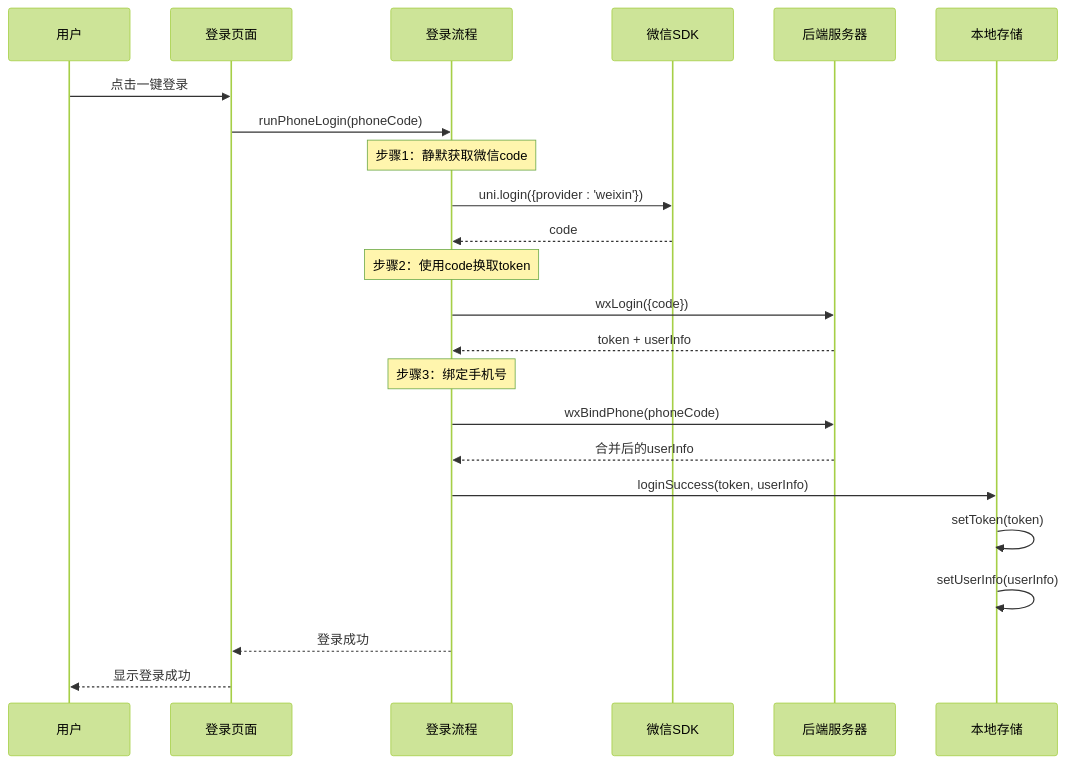
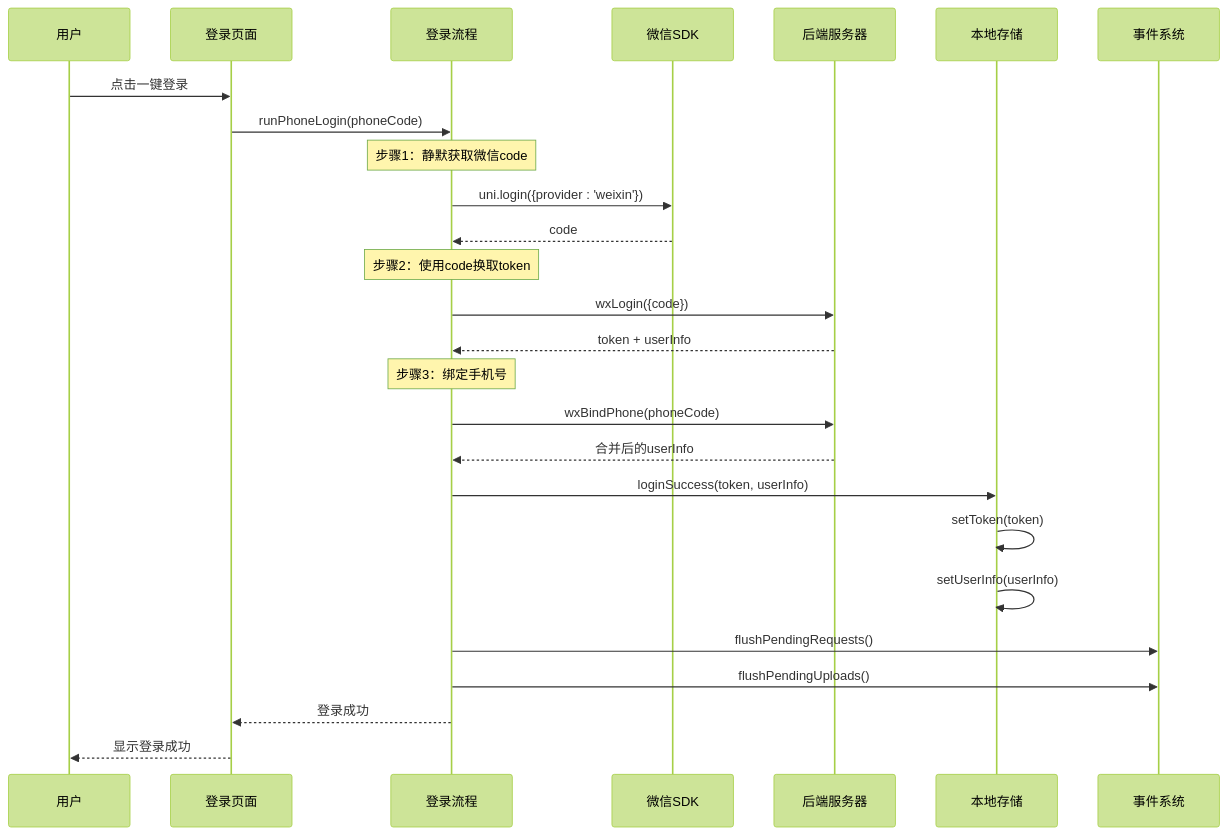
Diagram 12 of 15 in .qoder/repowiki/zh/content/工具模块详解/认证管理系统.md (crazyma99/blueberry), drawn with Mermaid (forest theme) before and after one commit. The commit also changed other lines of this file and 13 other files, not shown here.

````diff
--- a/.qoder/repowiki/zh/content/工具模块详解/认证管理系统.md
+++ b/.qoder/repowiki/zh/content/工具模块详解/认证管理系统.md
@@ -308,25 +517,28 @@
 ```mermaid
 sequenceDiagram
 participant User as 用户
 participant Page as 登录页面
 participant Flow as 登录流程
 participant WeChat as 微信SDK
 participant Backend as 后端服务器
 participant Storage as 本地存储
+participant Event as 事件系统
 User->>Page : 点击一键登录
 Page->>Flow : runPhoneLogin(phoneCode)
 Note over Flow : 步骤1：静默获取微信code
 Flow->>WeChat : uni.login({provider : 'weixin'})
 WeChat-->>Flow : code
 Note over Flow : 步骤2：使用code换取token
 Flow->>Backend : wxLogin({code})
 Backend-->>Flow : token + userInfo
 Note over Flow : 步骤3：绑定手机号
 Flow->>Backend : wxBindPhone(phoneCode)
 Backend-->>Flow : 合并后的userInfo
 Flow->>Storage : loginSuccess(token, userInfo)
 Storage->>Storage : setToken(token)
 Storage->>Storage : setUserInfo(userInfo)
+Flow->>Event : flushPendingRequests()
+Flow->>Event : flushPendingUploads()
 Flow-->>Page : 登录成功
 Page-->>User : 显示登录成功
 ```
````
